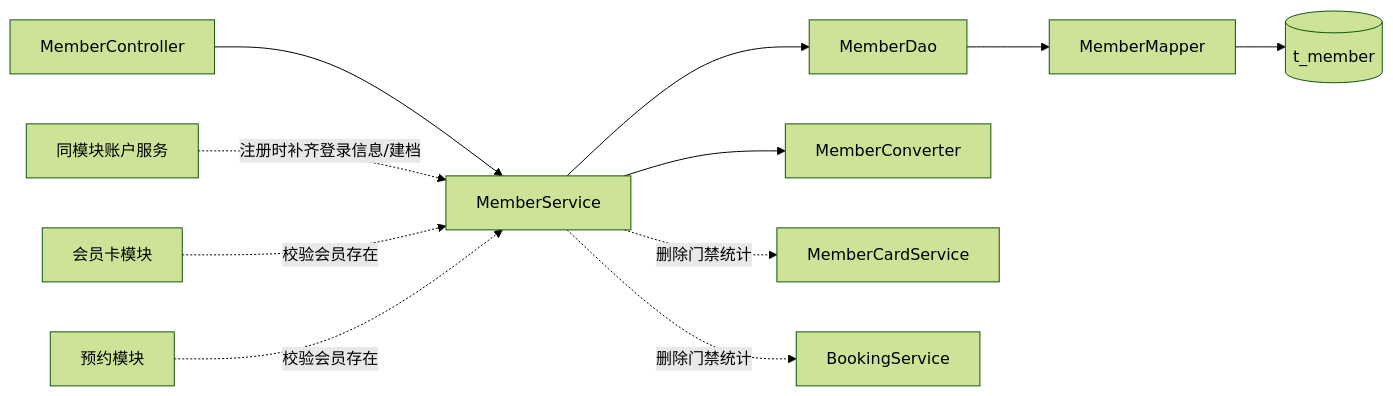
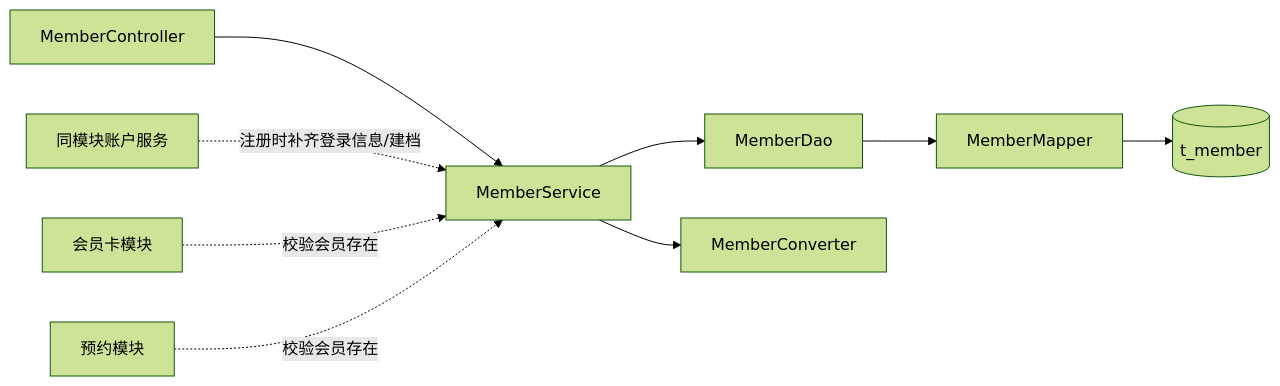
One commit to duo2530/techplant-yoga changed the diagram in docs/详细设计/会员管理详细设计.md. Above: the diagram before and after it, drawn with Mermaid (forest theme). The commit also changed other lines of this file and 13 other files, not shown here.

````diff
--- a/docs/详细设计/会员管理详细设计.md
+++ b/docs/详细设计/会员管理详细设计.md
@@ -426,13 +375,11 @@
 ```mermaid
 flowchart LR
     C[MemberController] --> S[MemberService]
     S --> D[MemberDao]
     D --> M[MemberMapper]
     M --> T[(t_member)]
     S --> CV[MemberConverter]
-    S -.删除门禁统计.-> MC[MemberCardService]
-    S -.删除门禁统计.-> BK[BookingService]
     ACC[同模块账户服务] -.注册时补齐登录信息/建档.-> S
     MC2[会员卡模块] -.校验会员存在.-> S
     BK2[预约模块] -.校验会员存在.-> S
 ```
````
